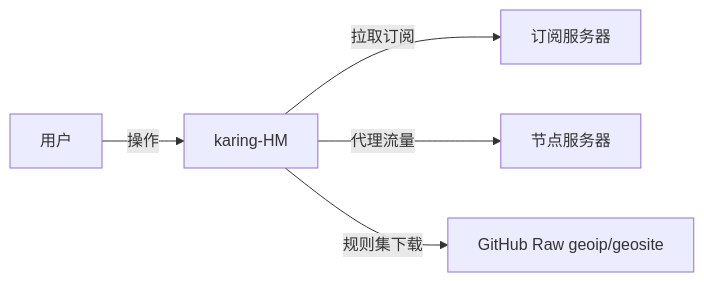
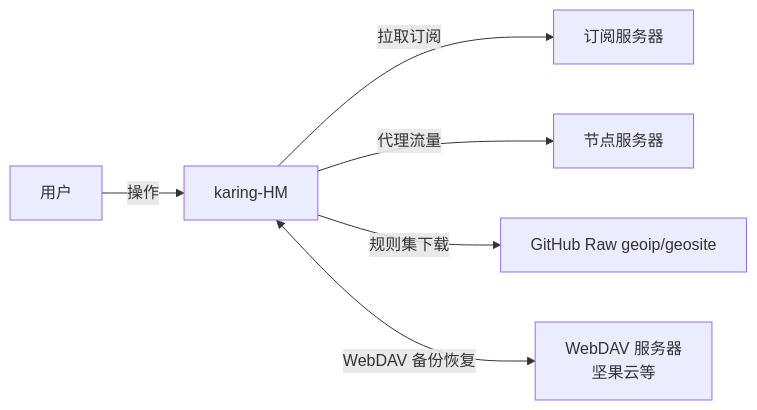
Before and after one commit to luckylew23/karing-HM: the first of 2 diagrams in projectdesign.md, drawn with Mermaid. The commit also changed other lines of this file and 2 other files, not shown here.

Commit message:
docs: 全面更新 projectdesign v0.3.3（核心架构/WebDAV/真机验证）

````diff
--- a/projectdesign.md
+++ b/projectdesign.md
@@ -48,7 +59,8 @@
 ```mermaid
 graph LR
     U[用户] -->|操作| K[karing-HM]
     K -->|拉取订阅| S[订阅服务器]
     K -->|代理流量| N[节点服务器]
     K -->|规则集下载| G[GitHub Raw geoip/geosite]
+    K <-->|WebDAV 备份恢复| W[WebDAV 服务器<br/>坚果云等]
 ```
````
